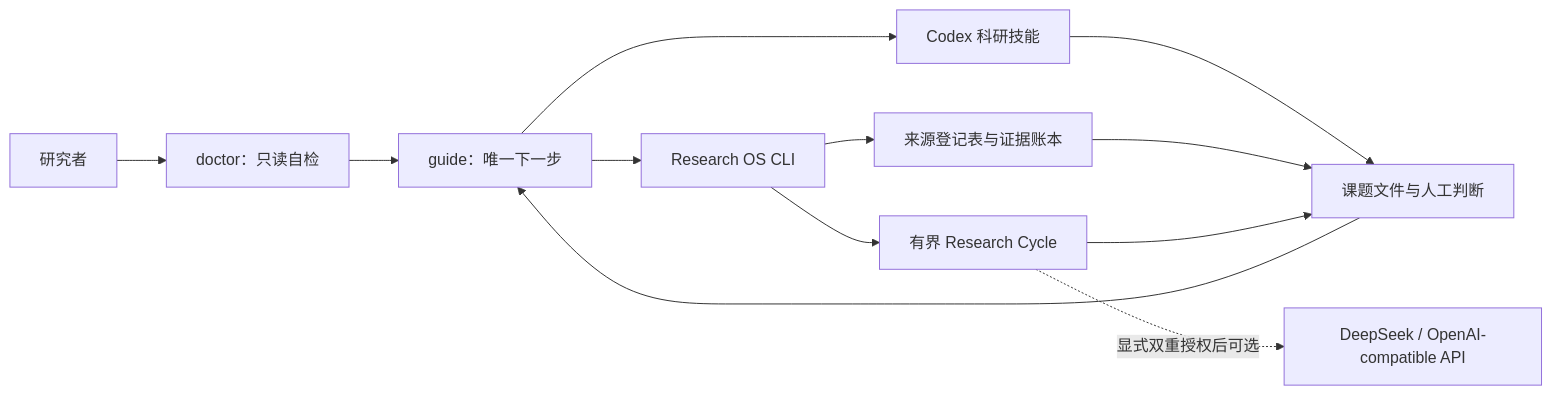
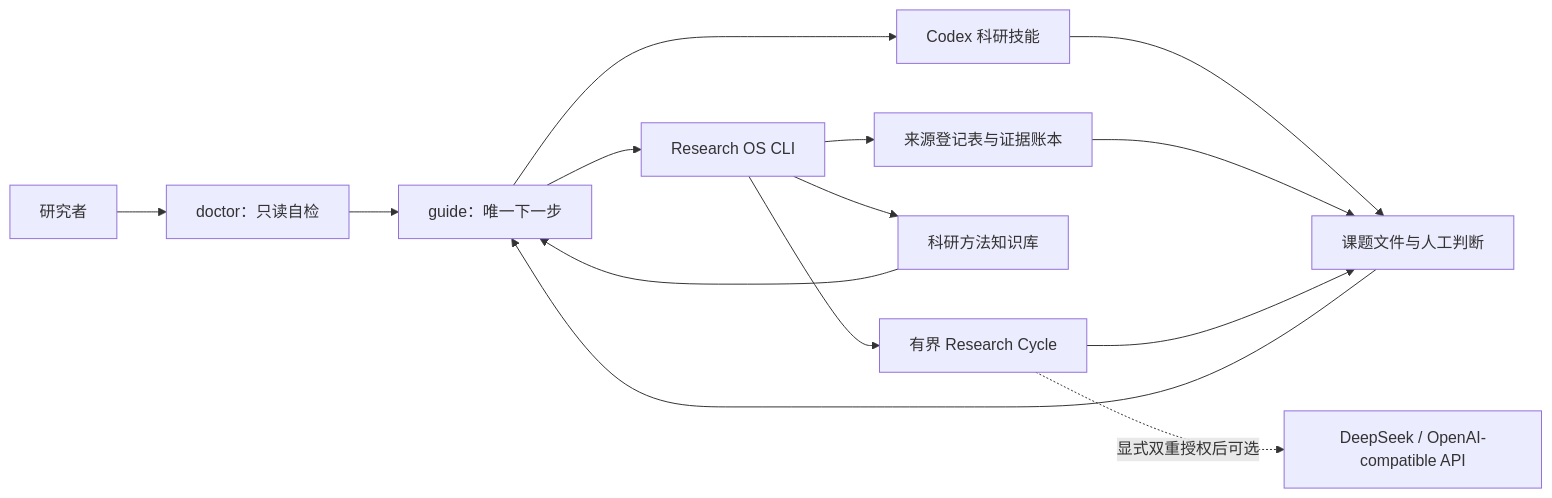
The first of 2 diagrams in docs/DEVELOPER-HANDOFF.md (ZelaiZhang/scholar), drawn with Mermaid before and after one commit. The commit also changed other lines of this file and 6 other files, not shown here.

````diff
--- a/docs/DEVELOPER-HANDOFF.md
+++ b/docs/DEVELOPER-HANDOFF.md
@@ -44,14 +47,16 @@
 ```mermaid
 flowchart LR
     U["研究者"] --> D["doctor：只读自检"]
     D --> G["guide：唯一下一步"]
     G --> S["Codex 科研技能"]
     G --> C["Research OS CLI"]
     S --> P["课题文件与人工判断"]
     C --> R["来源登记表与证据账本"]
+    C --> K["科研方法知识库"]
     C --> X["有界 Research Cycle"]
     R --> P
+    K --> G
     X --> P
     P --> G
     X -. "显式双重授权后可选" .-> API["DeepSeek / OpenAI-compatible API"]
 ```
````
